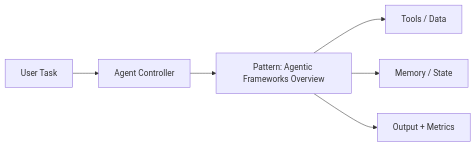
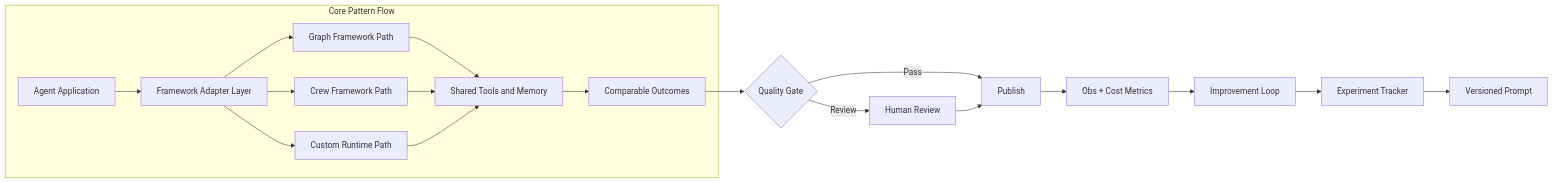
One commit to vivekreeves/agentic-design-patterns-lab changed the diagram in notebooks/level_05_advanced_patterns_and_engineering/24_agentic_frameworks_overview_architecture.md. Above: the diagram before and after it, drawn with Mermaid. The commit also changed 71 other files, not shown here.

````diff
--- a/notebooks/level_05_advanced_patterns_and_engineering/24_agentic_frameworks_overview_architecture.md
+++ b/notebooks/level_05_advanced_patterns_and_engineering/24_agentic_frameworks_overview_architecture.md
@@ -5,8 +5,21 @@
 ```mermaid
 flowchart LR
-  Q[User Task] --> A[Agent Controller]
-  A --> P[Pattern: Agentic Frameworks Overview]
-  P --> T[Tools / Data]
-  P --> M[Memory / State]
-  P --> O[Output + Metrics]
+  subgraph CoreFlow[Core Pattern Flow]
+    APP[Agent Application] --> ADR[Framework Adapter Layer]
+    ADR --> FG1[Graph Framework Path]
+    ADR --> FG2[Crew Framework Path]
+    ADR --> FG3[Custom Runtime Path]
+    FG1 --> SH[Shared Tools and Memory]
+    FG2 --> SH
+    FG3 --> SH
+    SH --> O[Comparable Outcomes]
+  end
+  O --> QG{Quality Gate}
+  QG -->|Pass| PUB[Publish]
+  QG -->|Review| HREV[Human Review]
+  HREV --> PUB
+  PUB --> OBS[Obs + Cost Metrics]
+  OBS --> LOOP[Improvement Loop]
+  LOOP --> EXP[Experiment Tracker]
+  EXP --> VER[Versioned Prompt]
 ```
````
